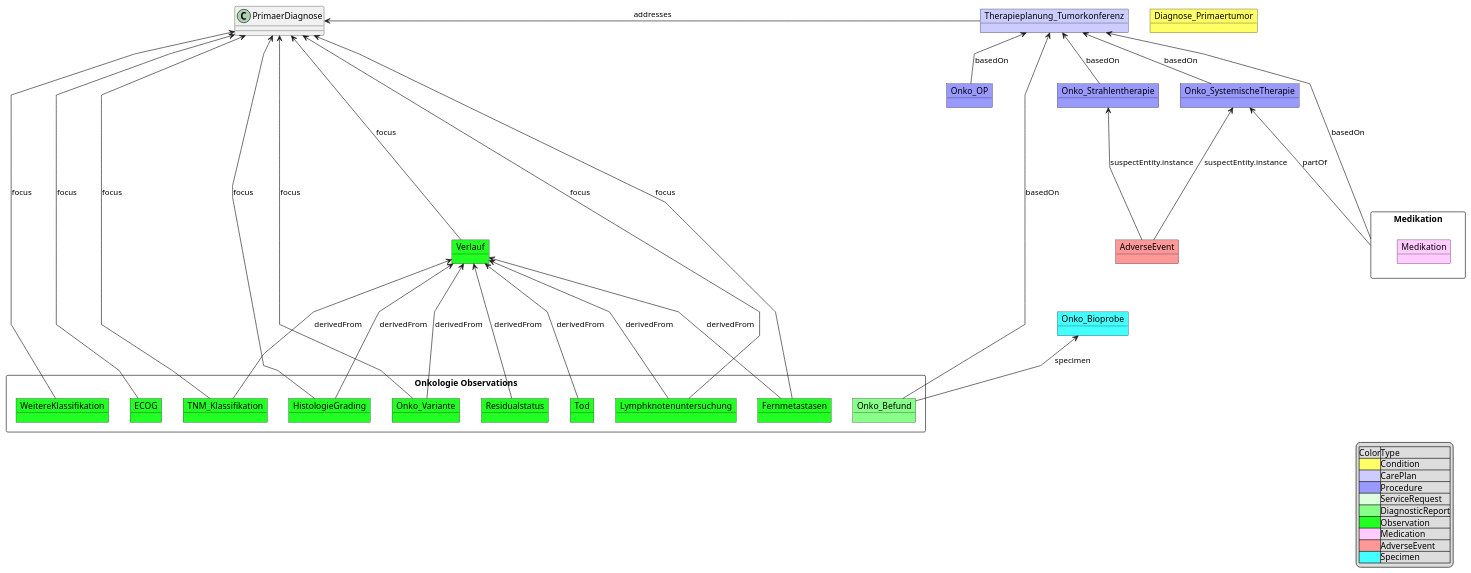
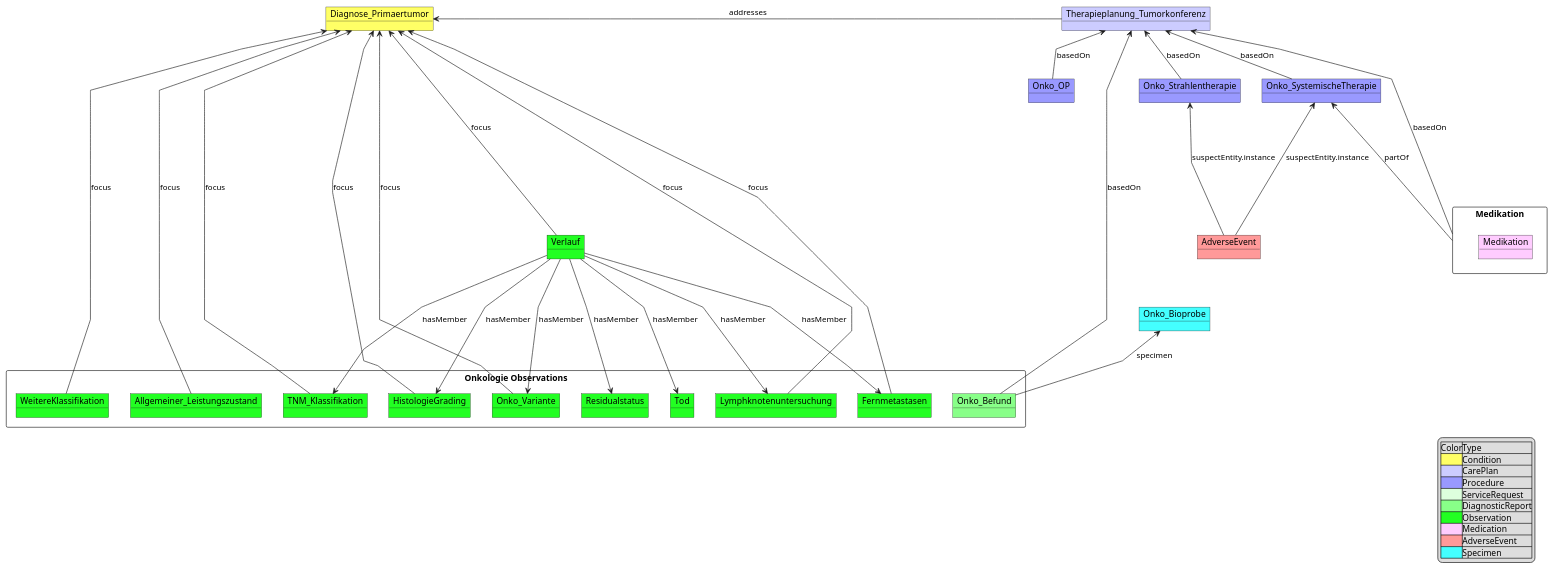
One commit to medizininformatik-initiative/kerndatensatzmodul-onkologie changed the diagram in input/images-source/MII_Onko_UML_Relations_v1.pu. Above: the diagram before and after it, drawn with PlantUML. The commit also changed 1 other file, not shown here.

Commit message:
added corrections to uml diagram

```diff
--- a/input/images-source/MII_Onko_UML_Relations_v1.pu
+++ b/input/images-source/MII_Onko_UML_Relations_v1.pu
@@ -3,77 +3,74 @@
 @startuml MII_Onko_UML_Relations_v1
 skinparam linetype polyline
 object Onko_OP #9999FF
 object Onko_Strahlentherapie #9999FF
 object Onko_SystemischeTherapie #9999FF
 object Therapieplanung_Tumorkonferenz #CCCCFF
 
 Therapieplanung_Tumorkonferenz <-- Onko_OP: basedOn 
 Therapieplanung_Tumorkonferenz <-- Onko_Strahlentherapie: basedOn
 Therapieplanung_Tumorkonferenz <-- Onko_SystemischeTherapie: basedOn
 rectangle "Medikation" {
     object Medikation #FFCCFF
 }
 Onko_SystemischeTherapie <--- Medikation : partOf 
 Therapieplanung_Tumorkonferenz <--- Medikation: basedOn
 object Diagnose_Primaertumor #FFFF66
 
 rectangle "Onkologie Observations"{
     object Onko_Variante #22FF22
     object Fernmetastasen #22FF22
     object TNM_Klassifikation #22FF22
     object WeitereKlassifikation #22FF22 
     object Lymphknotenuntersuchung #22FF22
     object HistologieGrading #22FF22
     object Residualstatus #22FF22
-    object ECOG #22FF22
+    object Allgemeiner_Leistungszustand #22FF22
     object Tod #22FF22
     object Onko_Befund #88FF88
 
 }
 
-PrimaerDiagnose <--- TNM_Klassifikation: focus
-PrimaerDiagnose <-right--  Therapieplanung_Tumorkonferenz : addresses
-PrimaerDiagnose <--- Lymphknotenuntersuchung: focus
-PrimaerDiagnose <--- HistologieGrading :focus
-PrimaerDiagnose <--- Onko_Variante :focus
-PrimaerDiagnose <--- WeitereKlassifikation: focus
-PrimaerDiagnose <--- ECOG :focus
-PrimaerDiagnose <--- Fernmetastasen :focus
+Diagnose_Primaertumor <--- TNM_Klassifikation: focus
+Diagnose_Primaertumor <-right--  Therapieplanung_Tumorkonferenz : addresses
+Diagnose_Primaertumor <--- Lymphknotenuntersuchung: focus
+Diagnose_Primaertumor <--- HistologieGrading :focus
+Diagnose_Primaertumor <--- Onko_Variante :focus
+Diagnose_Primaertumor <--- WeitereKlassifikation: focus
+Diagnose_Primaertumor <--- Allgemeiner_Leistungszustand :focus
+Diagnose_Primaertumor <--- Fernmetastasen :focus
 
 Therapieplanung_Tumorkonferenz <-right-- Onko_Befund  : basedOn
 
 object Verlauf #22FF22
-PrimaerDiagnose <----  Verlauf : focus
-Verlauf <--- Tod: derivedFrom
-Verlauf <--- TNM_Klassifikation:  derivedFrom
-Verlauf <---  Lymphknotenuntersuchung : derivedFrom
-Verlauf <---  HistologieGrading : derivedFrom
-Verlauf <--- Fernmetastasen: derivedFrom
-Verlauf <--- Residualstatus:  derivedFrom
-Verlauf <--- Onko_Variante: derivedFrom
-
-
-
+Diagnose_Primaertumor <----  Verlauf : focus
+Verlauf ---> Tod: hasMember
+Verlauf ---> TNM_Klassifikation:  hasMember
+Verlauf --->  Lymphknotenuntersuchung : hasMember
+Verlauf --->  HistologieGrading : hasMember
+Verlauf ---> Fernmetastasen: hasMember
+Verlauf ---> Residualstatus:  hasMember
+Verlauf ---> Onko_Variante: hasMember
 
 object Onko_Bioprobe #44FFFF 
 Onko_Bioprobe <-- Onko_Befund : specimen
 
 object AdverseEvent #FF9999
 Onko_SystemischeTherapie <--- AdverseEvent: suspectEntity.instance
 Onko_Strahlentherapie <--- AdverseEvent: suspectEntity.instance
 
 legend right 
 |Color|Type|
 |<#FFFF66>|Condition|
 |<#CCCCFF>|CarePlan|
 |<#9999FF>|Procedure|
 |<#DDFFDD>|ServiceRequest|
 |<#88FF88>|DiagnosticReport|
 |<#22FF22>|Observation|
 |<#FFCCFF>|Medication|
 |<#FF9999>|AdverseEvent|
 |<#44FFFF>|Specimen|
 endlegend
 
 
 @enduml
```
